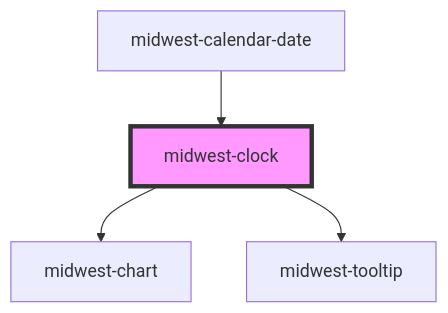
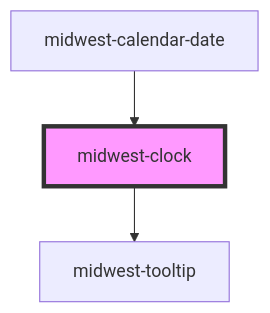
The diagram in packages/helpers/docs/components/clock/readme.md (splitinfinities/Midwest), drawn with Mermaid before and after one commit. The commit also changed other lines of this file and 148 other files, not shown here.

````diff
--- a/packages/helpers/docs/components/clock/readme.md
+++ b/packages/helpers/docs/components/clock/readme.md
@@ -30,7 +29,6 @@
 ```mermaid
 graph TD;
-  midwest-clock --> midwest-chart
   midwest-clock --> midwest-tooltip
   midwest-calendar-date --> midwest-clock
   style midwest-clock fill:#f9f,stroke:#333,stroke-width:4px
 ```
````
